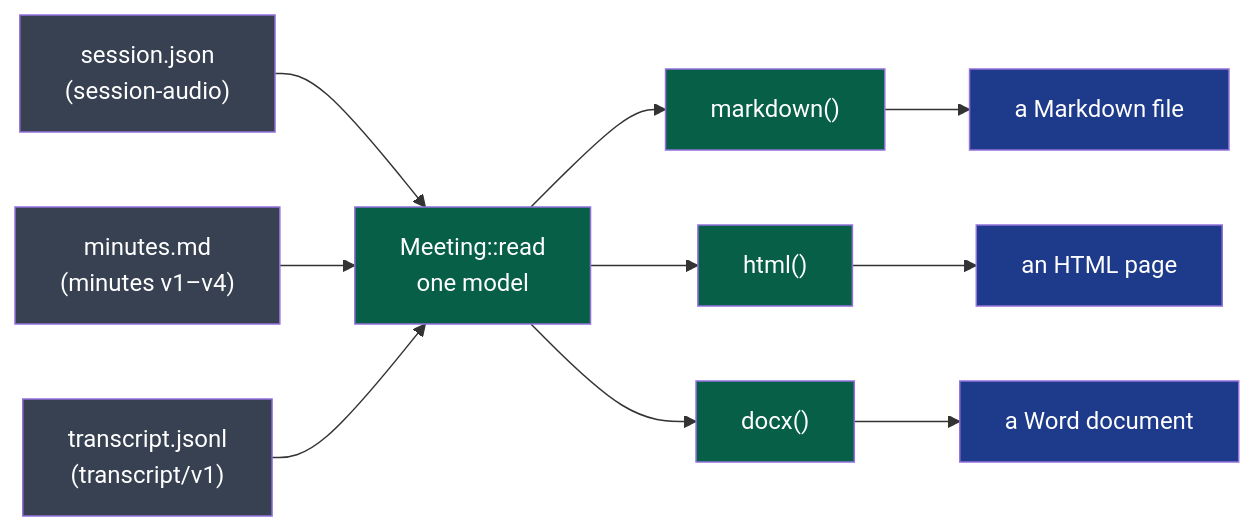
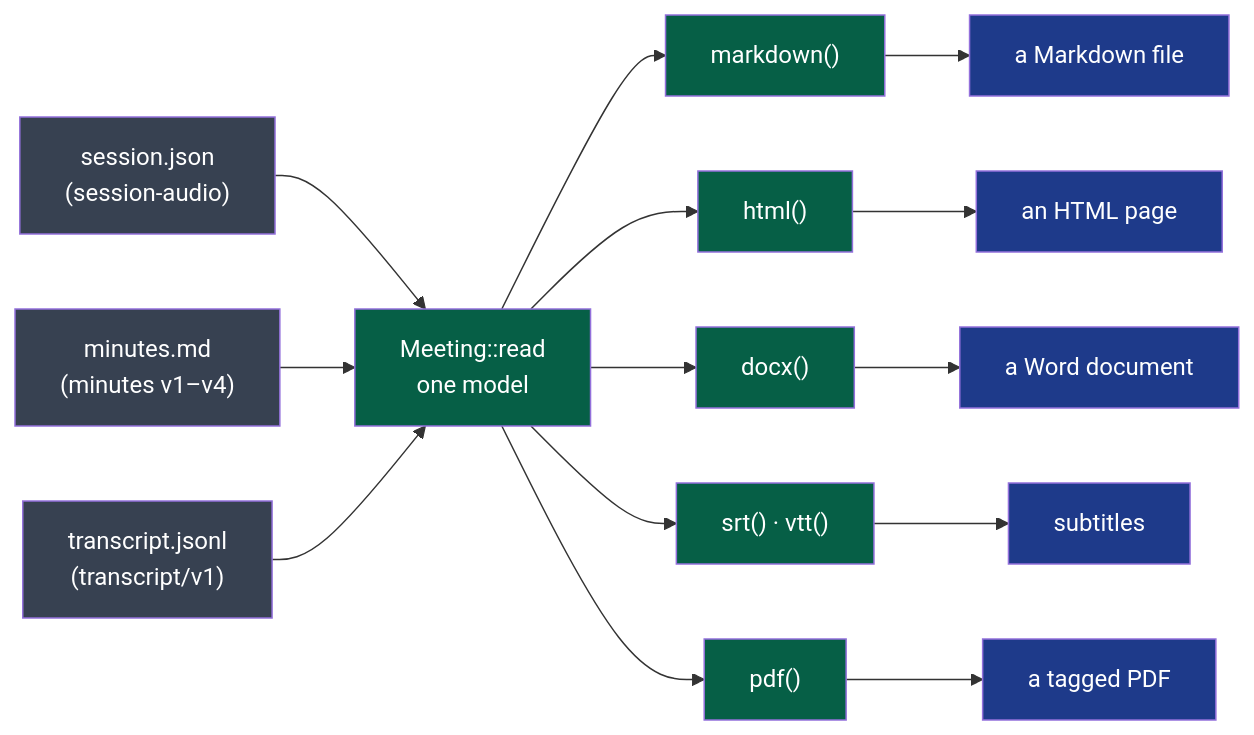
The diagram in modules/export/README.md (NapkinStack/kitokey), drawn with Mermaid before and after one commit. The commit also changed other lines of this file and 14 other files, not shown here.

First line of the commit message:
D108 — export: the meeting as a tagged PDF (PDF/UA-1) written by typst, every word a string literal, the fonts the caller's

````diff
--- a/modules/export/README.md
+++ b/modules/export/README.md
@@ -9,16 +9,20 @@
 ```mermaid
 flowchart LR
     S["session.json<br/>(session-audio)"]:::file --> M["Meeting::read<br/>one model"]:::module
     N["minutes.md<br/>(minutes v1–v4)"]:::file --> M
     T["transcript.jsonl<br/>(transcript/v1)"]:::file --> M
     M --> W["markdown()"]:::module
     W --> F["a Markdown file"]:::out
     M --> H["html()"]:::module
     H --> P["an HTML page"]:::out
     M --> D["docx()"]:::module
     D --> O["a Word document"]:::out
+    M --> U["srt() · vtt()"]:::module
+    U --> V["subtitles"]:::out
+    M --> Q["pdf()"]:::module
+    Q --> R["a tagged PDF"]:::out
 
     classDef file fill:#374151,color:#fff
     classDef module fill:#065f46,color:#fff
     classDef out fill:#1e3a8a,color:#fff
 ```
````
